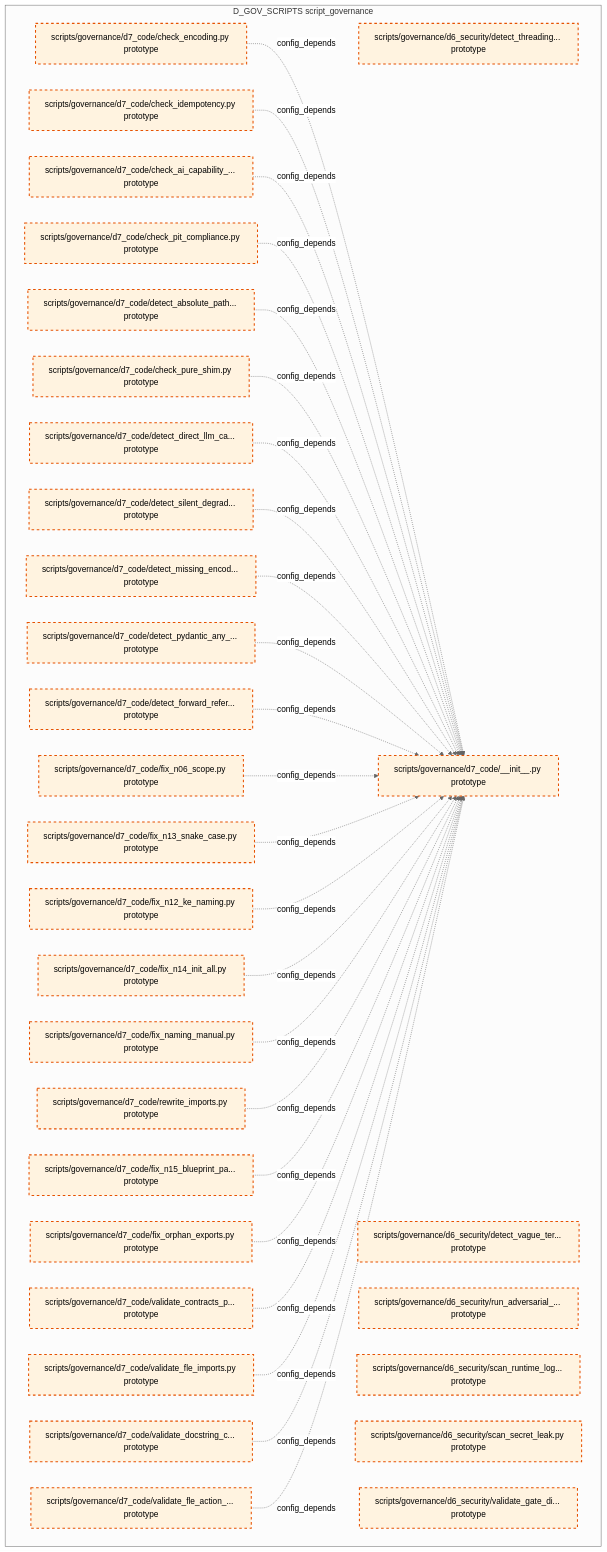
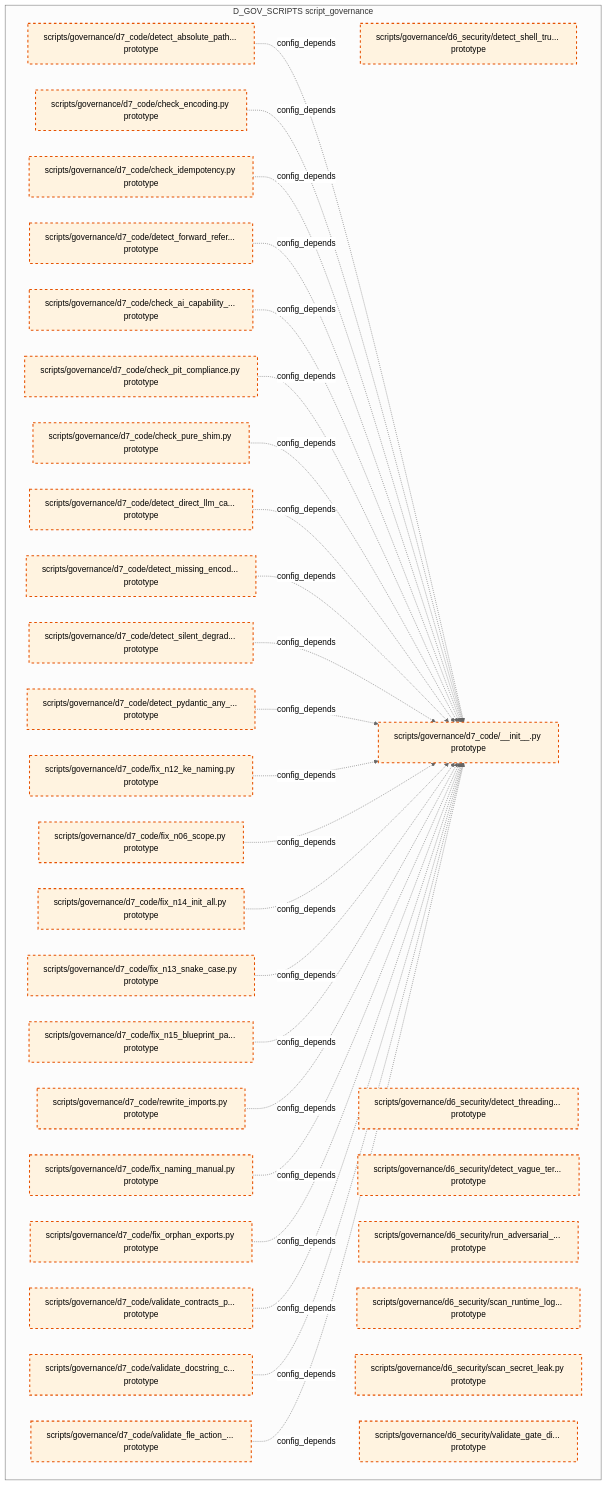
One commit to xuanFelixVan/ZephyrAlpha changed the tenth of 15 diagrams in docs/02_enterprise_architecture/02_domain_architecture_docs/36_d_gov_scripts.md. Above: the diagram before and after it, drawn with Mermaid (neutral theme). The commit also changed other lines of this file and 99 other files, not shown here.

````diff
--- a/docs/02_enterprise_architecture/02_domain_architecture_docs/36_d_gov_scripts.md
+++ b/docs/02_enterprise_architecture/02_domain_architecture_docs/36_d_gov_scripts.md
@@ -687,63 +694,62 @@
 ```mermaid
 graph TD
     subgraph D_GOV_SCRIPTS["D_GOV_SCRIPTS script_governance"]
+        scripts_governance_d6_security_detect_shell_true_py["scripts/governance/d6_security/detect_shell_tru... prototype"]
         scripts_governance_d6_security_detect_threading_lock_py["scripts/governance/d6_security/detect_threading... prototype"]
         scripts_governance_d6_security_detect_vague_terms_py["scripts/governance/d6_security/detect_vague_ter... prototype"]
         scripts_governance_d6_security_run_adversarial_checks_py["scripts/governance/d6_security/run_adversarial_... prototype"]
         scripts_governance_d6_security_scan_runtime_log_secrets_py["scripts/governance/d6_security/scan_runtime_log... prototype"]
         scripts_governance_d6_security_scan_secret_leak_py["scripts/governance/d6_security/scan_secret_leak.py prototype"]
         scripts_governance_d6_security_validate_gate_discipline_py["scripts/governance/d6_security/validate_gate_di... prototype"]
         scripts_governance_d7_code_init_py["scripts/governance/d7_code/__init__.py prototype"]
         scripts_governance_d7_code_check_ai_capability_boundary_py["scripts/governance/d7_code/check_ai_capability_... prototype"]
         scripts_governance_d7_code_check_encoding_py["scripts/governance/d7_code/check_encoding.py prototype"]
         scripts_governance_d7_code_check_idempotency_py["scripts/governance/d7_code/check_idempotency.py prototype"]
         scripts_governance_d7_code_check_pit_compliance_py["scripts/governance/d7_code/check_pit_compliance.py prototype"]
         scripts_governance_d7_code_check_pure_shim_py["scripts/governance/d7_code/check_pure_shim.py prototype"]
         scripts_governance_d7_code_detect_absolute_path_hardcoding_py["scripts/governance/d7_code/detect_absolute_path... prototype"]
         scripts_governance_d7_code_detect_direct_llm_calls_py["scripts/governance/d7_code/detect_direct_llm_ca... prototype"]
         scripts_governance_d7_code_detect_forward_reference_py["scripts/governance/d7_code/detect_forward_refer... prototype"]
         scripts_governance_d7_code_detect_missing_encoding_py["scripts/governance/d7_code/detect_missing_encod... prototype"]
         scripts_governance_d7_code_detect_pydantic_any_fields_py["scripts/governance/d7_code/detect_pydantic_any_... prototype"]
         scripts_governance_d7_code_detect_silent_degradation_py["scripts/governance/d7_code/detect_silent_degrad... prototype"]
         scripts_governance_d7_code_fix_n06_scope_py["scripts/governance/d7_code/fix_n06_scope.py prototype"]
         scripts_governance_d7_code_fix_n12_ke_naming_py["scripts/governance/d7_code/fix_n12_ke_naming.py prototype"]
         scripts_governance_d7_code_fix_n13_snake_case_py["scripts/governance/d7_code/fix_n13_snake_case.py prototype"]
         scripts_governance_d7_code_fix_n14_init_all_py["scripts/governance/d7_code/fix_n14_init_all.py prototype"]
         scripts_governance_d7_code_fix_n15_blueprint_path_py["scripts/governance/d7_code/fix_n15_blueprint_pa... prototype"]
         scripts_governance_d7_code_fix_naming_manual_py["scripts/governance/d7_code/fix_naming_manual.py prototype"]
         scripts_governance_d7_code_fix_orphan_exports_py["scripts/governance/d7_code/fix_orphan_exports.py prototype"]
         scripts_governance_d7_code_rewrite_imports_py["scripts/governance/d7_code/rewrite_imports.py prototype"]
         scripts_governance_d7_code_validate_contracts_purity_py["scripts/governance/d7_code/validate_contracts_p... prototype"]
         scripts_governance_d7_code_validate_docstring_coverage_py["scripts/governance/d7_code/validate_docstring_c... prototype"]
         scripts_governance_d7_code_validate_fle_action_metadata_py["scripts/governance/d7_code/validate_fle_action_... prototype"]
-        scripts_governance_d7_code_validate_fle_imports_py["scripts/governance/d7_code/validate_fle_imports.py prototype"]
     end
+    scripts_governance_d7_code_detect_absolute_path_hardcoding_py -.->|config_depends| scripts_governance_d7_code_init_py
     scripts_governance_d7_code_check_encoding_py -.->|config_depends| scripts_governance_d7_code_init_py
     scripts_governance_d7_code_check_idempotency_py -.->|config_depends| scripts_governance_d7_code_init_py
+    scripts_governance_d7_code_detect_forward_reference_py -.->|config_depends| scripts_governance_d7_code_init_py
     scripts_governance_d7_code_check_ai_capability_boundary_py -.->|config_depends| scripts_governance_d7_code_init_py
     scripts_governance_d7_code_check_pit_compliance_py -.->|config_depends| scripts_governance_d7_code_init_py
-    scripts_governance_d7_code_detect_absolute_path_hardcoding_py -.->|config_depends| scripts_governance_d7_code_init_py
     scripts_governance_d7_code_check_pure_shim_py -.->|config_depends| scripts_governance_d7_code_init_py
     scripts_governance_d7_code_detect_direct_llm_calls_py -.->|config_depends| scripts_governance_d7_code_init_py
+    scripts_governance_d7_code_detect_missing_encoding_py -.->|config_depends| scripts_governance_d7_code_init_py
     scripts_governance_d7_code_detect_silent_degradation_py -.->|config_depends| scripts_governance_d7_code_init_py
-    scripts_governance_d7_code_detect_missing_encoding_py -.->|config_depends| scripts_governance_d7_code_init_py
     scripts_governance_d7_code_detect_pydantic_any_fields_py -.->|config_depends| scripts_governance_d7_code_init_py
-    scripts_governance_d7_code_detect_forward_reference_py -.->|config_depends| scripts_governance_d7_code_init_py
+    scripts_governance_d7_code_fix_n12_ke_naming_py -.->|config_depends| scripts_governance_d7_code_init_py
     scripts_governance_d7_code_fix_n06_scope_py -.->|config_depends| scripts_governance_d7_code_init_py
+    scripts_governance_d7_code_fix_n14_init_all_py -.->|config_depends| scripts_governance_d7_code_init_py
     scripts_governance_d7_code_fix_n13_snake_case_py -.->|config_depends| scripts_governance_d7_code_init_py
-    scripts_governance_d7_code_fix_n12_ke_naming_py -.->|config_depends| scripts_governance_d7_code_init_py
-    scripts_governance_d7_code_fix_n14_init_all_py -.->|config_depends| scripts_governance_d7_code_init_py
+    scripts_governance_d7_code_fix_n15_blueprint_path_py -.->|config_depends| scripts_governance_d7_code_init_py
+    scripts_governance_d7_code_rewrite_imports_py -.->|config_depends| scripts_governance_d7_code_init_py
     scripts_governance_d7_code_fix_naming_manual_py -.->|config_depends| scripts_governance_d7_code_init_py
-    scripts_governance_d7_code_rewrite_imports_py -.->|config_depends| scripts_governance_d7_code_init_py
-    scripts_governance_d7_code_fix_n15_blueprint_path_py -.->|config_depends| scripts_governance_d7_code_init_py
     scripts_governance_d7_code_fix_orphan_exports_py -.->|config_depends| scripts_governance_d7_code_init_py
     scripts_governance_d7_code_validate_contracts_purity_py -.->|config_depends| scripts_governance_d7_code_init_py
-    scripts_governance_d7_code_validate_fle_imports_py -.->|config_depends| scripts_governance_d7_code_init_py
     scripts_governance_d7_code_validate_docstring_coverage_py -.->|config_depends| scripts_governance_d7_code_init_py
     scripts_governance_d7_code_validate_fle_action_metadata_py -.->|config_depends| scripts_governance_d7_code_init_py
     classDef production fill:#e1f5fe,stroke:#01579b,stroke-width:2px,color:#000
     classDef design fill:#fff3e0,stroke:#e65100,stroke-width:2px,color:#000,stroke-dasharray: 5 5
     classDef external_prod fill:#e8f5e9,stroke:#1b5e20,stroke-width:1px,color:#000
     classDef external_design fill:#fce4ec,stroke:#880e4f,stroke-width:1px,color:#000,stroke-dasharray: 5 5
-    class scripts_governance_d6_security_detect_threading_lock_py,scripts_governance_d6_security_detect_vague_terms_py,scripts_governance_d6_security_run_adversarial_checks_py,scripts_governance_d6_security_scan_runtime_log_secrets_py,scripts_governance_d6_security_scan_secret_leak_py,scripts_governance_d6_security_validate_gate_discipline_py,scripts_governance_d7_code_init_py,scripts_governance_d7_code_check_ai_capability_boundary_py,scripts_governance_d7_code_check_encoding_py,scripts_governance_d7_code_check_idempotency_py,scripts_governance_d7_code_check_pit_compliance_py,scripts_governance_d7_code_check_pure_shim_py,scripts_governance_d7_code_detect_absolute_path_hardcoding_py,scripts_governance_d7_code_detect_direct_llm_calls_py,scripts_governance_d7_code_detect_forward_reference_py,scripts_governance_d7_code_detect_missing_encoding_py,scripts_governance_d7_code_detect_pydantic_any_fields_py,scripts_governance_d7_code_detect_silent_degradation_py,scripts_governance_d7_code_fix_n06_scope_py,scripts_governance_d7_code_fix_n12_ke_naming_py,scripts_governance_d7_code_fix_n13_snake_case_py,scripts_governance_d7_code_fix_n14_init_all_py,scripts_governance_d7_code_fix_n15_blueprint_path_py,scripts_governance_d7_code_fix_naming_manual_py,scripts_governance_d7_code_fix_orphan_exports_py,scripts_governance_d7_code_rewrite_imports_py,scripts_governance_d7_code_validate_contracts_purity_py,scripts_governance_d7_code_validate_docstring_coverage_py,scripts_governance_d7_code_validate_fle_action_metadata_py,scripts_governance_d7_code_validate_fle_imports_py design
+    class scripts_governance_d6_security_detect_shell_true_py,scripts_governance_d6_security_detect_threading_lock_py,scripts_governance_d6_security_detect_vague_terms_py,scripts_governance_d6_security_run_adversarial_checks_py,scripts_governance_d6_security_scan_runtime_log_secrets_py,scripts_governance_d6_security_scan_secret_leak_py,scripts_governance_d6_security_validate_gate_discipline_py,scripts_governance_d7_code_init_py,scripts_governance_d7_code_check_ai_capability_boundary_py,scripts_governance_d7_code_check_encoding_py,scripts_governance_d7_code_check_idempotency_py,scripts_governance_d7_code_check_pit_compliance_py,scripts_governance_d7_code_check_pure_shim_py,scripts_governance_d7_code_detect_absolute_path_hardcoding_py,scripts_governance_d7_code_detect_direct_llm_calls_py,scripts_governance_d7_code_detect_forward_reference_py,scripts_governance_d7_code_detect_missing_encoding_py,scripts_governance_d7_code_detect_pydantic_any_fields_py,scripts_governance_d7_code_detect_silent_degradation_py,scripts_governance_d7_code_fix_n06_scope_py,scripts_governance_d7_code_fix_n12_ke_naming_py,scripts_governance_d7_code_fix_n13_snake_case_py,scripts_governance_d7_code_fix_n14_init_all_py,scripts_governance_d7_code_fix_n15_blueprint_path_py,scripts_governance_d7_code_fix_naming_manual_py,scripts_governance_d7_code_fix_orphan_exports_py,scripts_governance_d7_code_rewrite_imports_py,scripts_governance_d7_code_validate_contracts_purity_py,scripts_governance_d7_code_validate_docstring_coverage_py,scripts_governance_d7_code_validate_fle_action_metadata_py design
 ```
````
